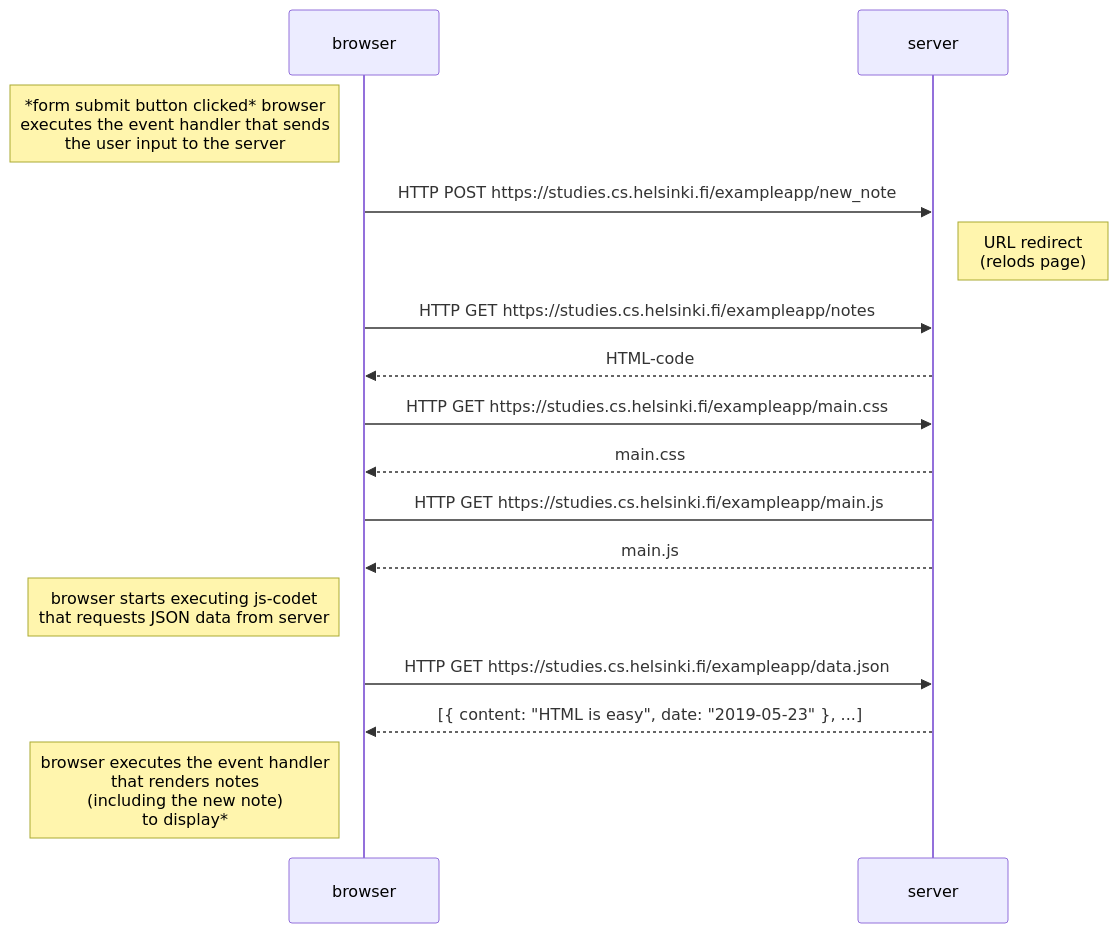
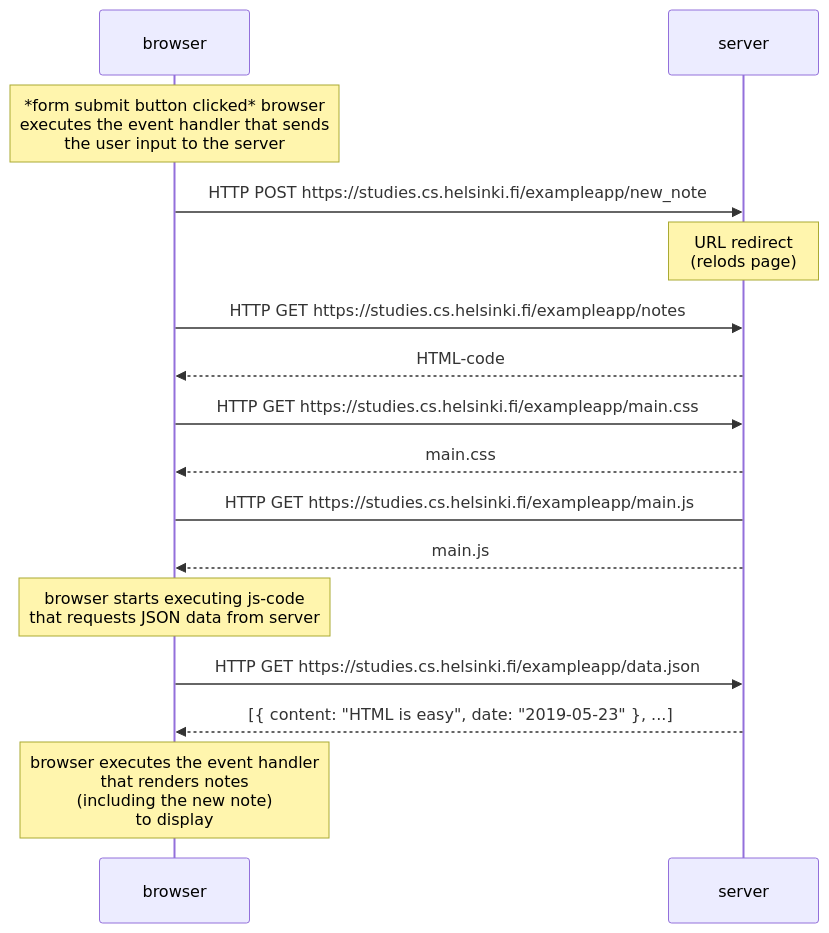
The diagram in part0/part0-4.md (ikeronx/fullstackopen2022), drawn with Mermaid before and after one commit.

````diff
--- a/part0/part0-4.md
+++ b/part0/part0-4.md
@@ -2,16 +2,16 @@
 ```mermaid
  sequenceDiagram
-    Note left of browser: *form submit button  clicked* browser <br>  executes the event handler that sends <br> the user input to the server
+    Note over browser: *form submit button  clicked* browser <br>  executes the event handler that sends <br> the user input to the server
     browser->>server:  HTTP POST https://studies.cs.helsinki.fi/exampleapp/new_note
-    Note right of server: URL redirect <br> (relods page)
+    Note over server: URL redirect <br> (relods page)
     browser->>server: HTTP GET https://studies.cs.helsinki.fi/exampleapp/notes
     server-->>browser: HTML-code
     browser->>server: HTTP GET https://studies.cs.helsinki.fi/exampleapp/main.css
     server-->>browser: main.css
     browser->server: HTTP GET https://studies.cs.helsinki.fi/exampleapp/main.js
     server-->>browser: main.js
-    Note left of browser: browser starts executing js-codet <br> that requests JSON data from server 
+    Note over browser: browser starts executing js-code <br> that requests JSON data from server 
     browser->>server: HTTP GET https://studies.cs.helsinki.fi/exampleapp/data.json
     server-->>browser: [{ content: "HTML is easy", date: "2019-05-23" }, ...]
-    Note left of browser: browser executes the event handler <br> that renders notes <br> (including the new note) <br>to display*
+    Note over browser: browser executes the event handler <br> that renders notes <br> (including the new note) <br>to display
 ```
````
